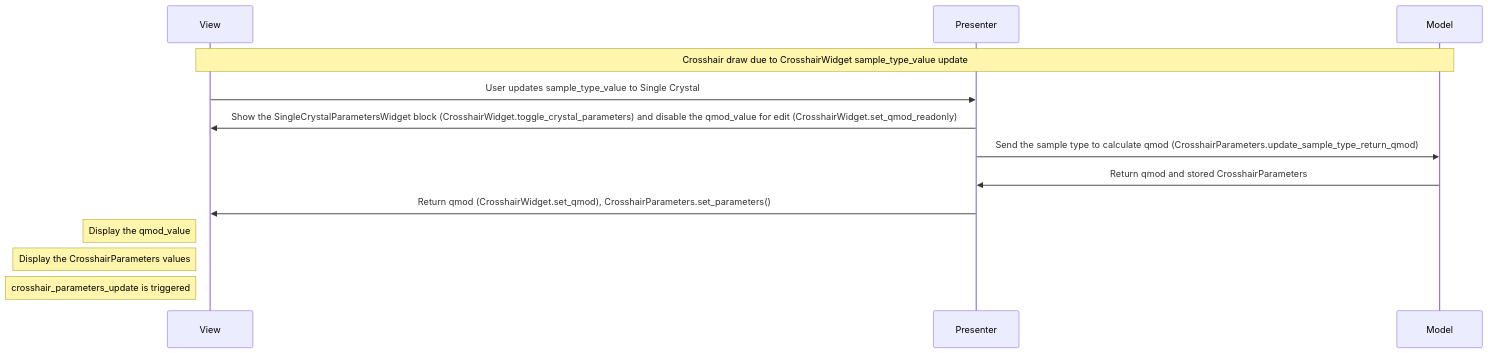
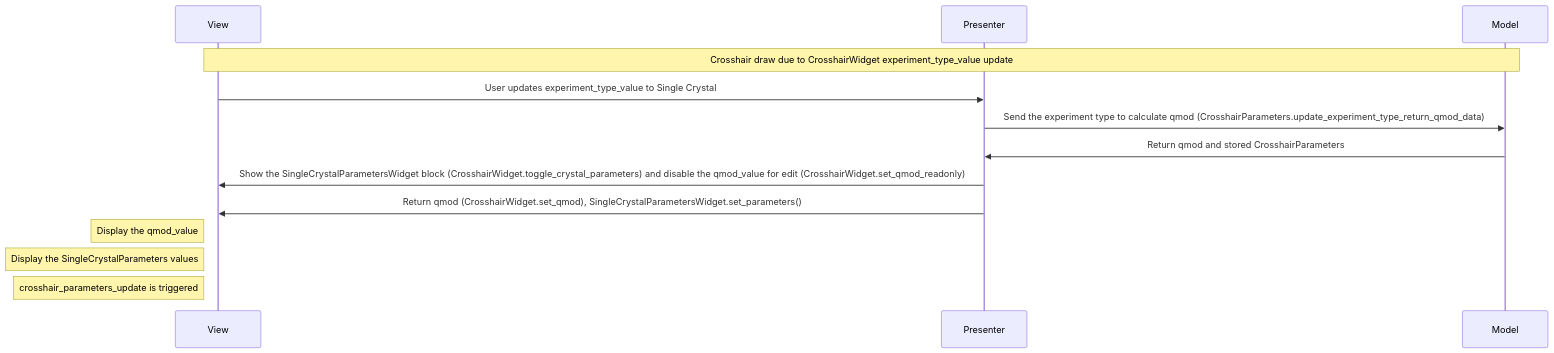
One commit to neutrons/hyspecppt changed diagram 11 of 13 in docs/source/design/hyspecpptclasses.rst. Above: the diagram before and after it, drawn with Mermaid. The commit also changed other lines of this file and 1 other file, not shown here.

Commit message:
sample renamed to experiment, single crystal type worflow update and other based on discussion

```diff
--- a/docs/source/design/hyspecpptclasses.rst
+++ b/docs/source/design/hyspecpptclasses.rst
@@ -551,16 +569,16 @@
             .. mermaid::
 
                 sequenceDiagram
                     participant View
                     participant Presenter
                     participant Model
 
-                    Note over View,Model: Crosshair draw due to CrosshairWidget sample_type_value update
-                    View->>Presenter: User updates sample_type_value to Single Crystal
+                    Note over View,Model: Crosshair draw due to CrosshairWidget experiment_type_value update
+                    View->>Presenter: User updates experiment_type_value to Single Crystal
+                    Presenter->>Model: Send the experiment type to calculate qmod (CrosshairParameters.update_experiment_type_return_qmod_data)
+                    Model->>Presenter: Return qmod and stored CrosshairParameters
                     Presenter->>View: Show the SingleCrystalParametersWidget block (CrosshairWidget.toggle_crystal_parameters) and disable the qmod_value for edit (CrosshairWidget.set_qmod_readonly)
-                    Presenter->>Model: Send the sample type to calculate qmod (CrosshairParameters.update_sample_type_return_qmod)
-                    Model->>Presenter: Return qmod and stored CrosshairParameters
-                    Presenter->>View: Return qmod (CrosshairWidget.set_qmod), CrosshairParameters.set_parameters()
+                    Presenter->>View: Return qmod (CrosshairWidget.set_qmod), SingleCrystalParametersWidget.set_parameters()
                     Note left of View: Display the qmod_value
-                    Note left of View: Display the CrosshairParameters values
+                    Note left of View: Display the SingleCrystalParameters values
                     Note left of View: crosshair_parameters_update is triggered
```
